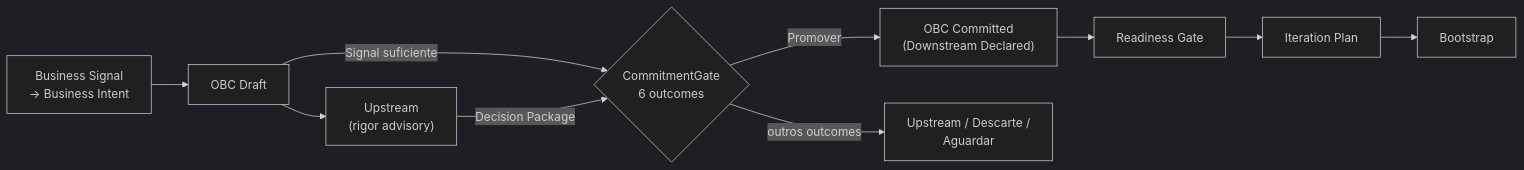
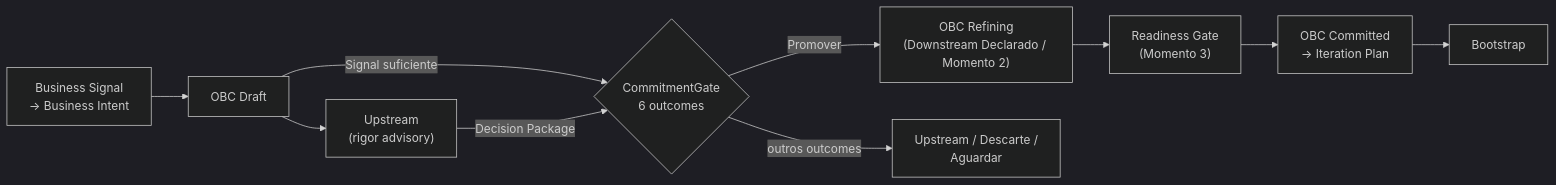
One commit to produtoreativo/from-intent-to-outcome changed the second of 2 diagrams in capitulo-03.md. Above: the diagram before and after it, drawn with Mermaid (dark theme). The commit also changed other lines of this file and 19 other files, not shown here.

````diff
--- a/capitulo-03.md
+++ b/capitulo-03.md
@@ -150,12 +150,12 @@
 ```mermaid
 graph LR
     BS["Business Signal\n→ Business Intent"] --> A["OBC Draft"]
     A --> UP["Upstream\n(rigor advisory)"]
     A -->|"Signal suficiente"| CG{"CommitmentGate\n6 outcomes"}
     UP -->|"Decision Package"| CG
-    CG -->|"Promover"| C["OBC Committed\n(Downstream Declared)"]
+    CG -->|"Promover"| C["OBC Refining\n(Downstream Declarado / Momento 2)"]
     CG -->|"outros outcomes"| X["Upstream / Descarte /\nAguardar"]
-    C --> D["Readiness Gate"]
-    D --> E["Iteration Plan"]
+    C --> D["Readiness Gate\n(Momento 3)"]
+    D --> E["OBC Committed\n→ Iteration Plan"]
     E --> F["Bootstrap"]
 ```
````
